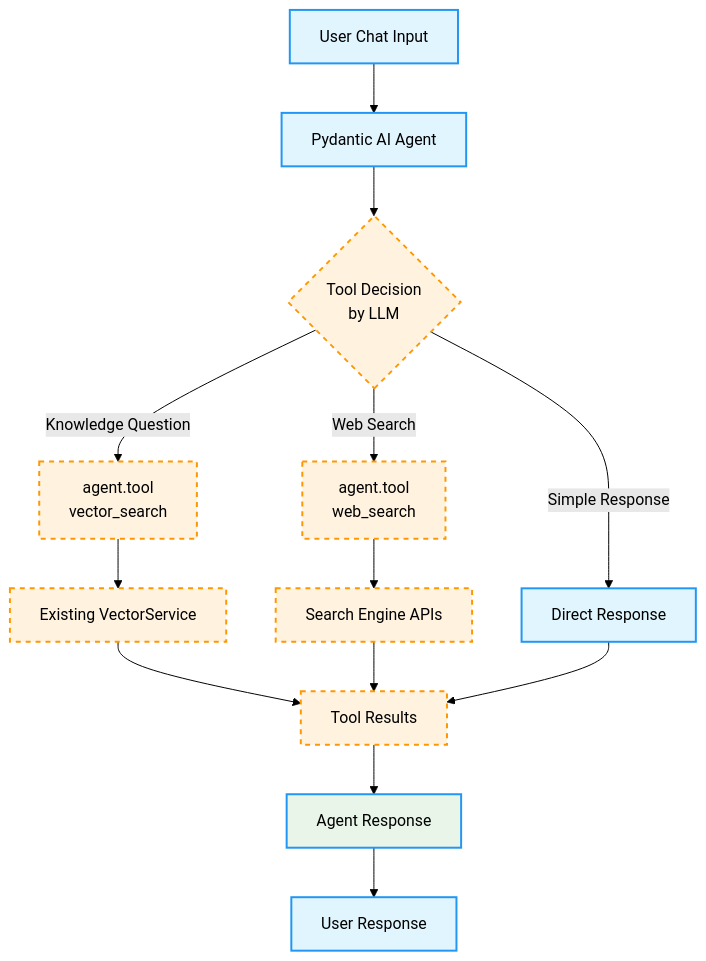
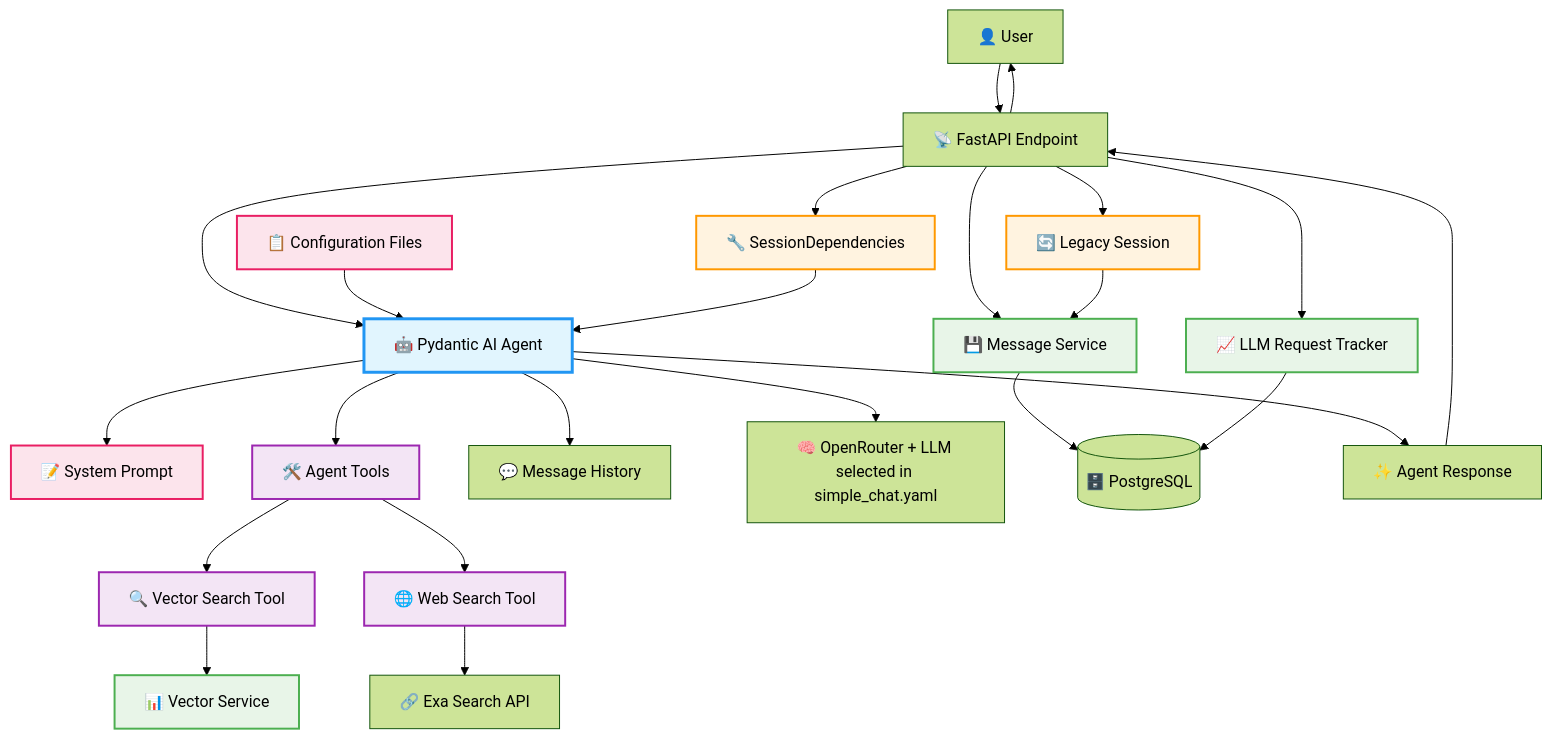
Before and after one commit to creatifire/salient02: the diagram in memorybank/project-management/0017-simple-chat-agent.md, drawn with Mermaid (forest theme). The commit also changed other lines of this file and 2 other files, not shown here.

First line of the commit message:
docs(project-mgmt): Update project management docs and config

````diff
--- a/memorybank/project-management/0017-simple-chat-agent.md
+++ b/memorybank/project-management/0017-simple-chat-agent.md
@@ -64,33 +7,56 @@
 ```mermaid
 flowchart TD
-    A[User Chat Input] --> B[Pydantic AI Agent]
-    B --> C{"Tool Decision
-    by LLM"}
+    %% External Components
+    User["👤 User"] --> FastAPI["📡 FastAPI Endpoint"]
+    Config["📋 Configuration Files"]
     
-    C -->|Knowledge Question| D["agent.tool
-    vector_search"]
-    C -->|Web Search| E["agent.tool
-    web_search"]  
-    C -->|Simple Response| F[Direct Response]
+    %% Core Agent Structure
+    FastAPI --> Agent["🤖 Pydantic AI Agent"]
+    Config --> Agent
     
-    D --> G[Existing VectorService]
-    E --> H[Search Engine APIs]
+    %% Dependencies & Session Management
+    Session["🔧 SessionDependencies"] --> Agent
+    FastAPI --> Session
     
-    G --> I[Tool Results]
-    H --> I
-    F --> I
+    %% Agent Components
+    Agent --> SystemPrompt["📝 System Prompt"]
+    Agent --> Tools["🛠️ Agent Tools"]
+    Agent --> History["💬 Message History"]
     
-    I --> J[Agent Response]
-    J --> K[User Response]
+    %% Tool Implementations
+    Tools --> VectorTool["🔍 Vector Search Tool"]
+    Tools --> WebTool["🌐 Web Search Tool"]
     
-    style B fill:#e1f5fe
-    style D fill:#fff3e0
-    style E fill:#fff3e0
-    style J fill:#e8f5e8
+    %% External Services
+    VectorTool --> VectorService["📊 Vector Service"]
+    WebTool --> ExaAPI["🔗 Exa Search API"]
+    Agent --> OpenRouter["🧠 OpenRouter + LLM selected in simple_chat.yaml"]
     
-    classDef implemented fill:#e1f5fe,stroke:#2196F3,stroke-width:2px
-    classDef pending fill:#fff3e0,stroke:#ff9800,stroke-width:2px,stroke-dasharray: 5 5
+    %% Data Flow & Persistence
+    FastAPI --> MessageService["💾 Message Service"]
+    FastAPI --> LLMTracker["📈 LLM Request Tracker"]
+    MessageService --> Database[("🗄️ PostgreSQL")]
+    LLMTracker --> Database
     
-    class A,B,F,J,K implemented
-    class C,D,E,G,H,I pending
+    %% Legacy Integration
+    FastAPI --> LegacySession["🔄 Legacy Session"]
+    LegacySession --> MessageService
+    
+    %% Response Flow
+    Agent --> Response["✨ Agent Response"]
+    Response --> FastAPI
+    FastAPI --> User
+
+    %% Styling
+    classDef agent fill:#e1f5fe,stroke:#2196F3,stroke-width:3px
+    classDef dependency fill:#fff3e0,stroke:#ff9800,stroke-width:2px
+    classDef tool fill:#f3e5f5,stroke:#9c27b0,stroke-width:2px
+    classDef service fill:#e8f5e8,stroke:#4caf50,stroke-width:2px
+    classDef config fill:#fce4ec,stroke:#e91e63,stroke-width:2px
+    
+    class Agent agent
+    class Session,LegacySession dependency
+    class Tools,VectorTool,WebTool tool
+    class MessageService,LLMTracker,VectorService service
+    class Config,SystemPrompt config
 ```
````
